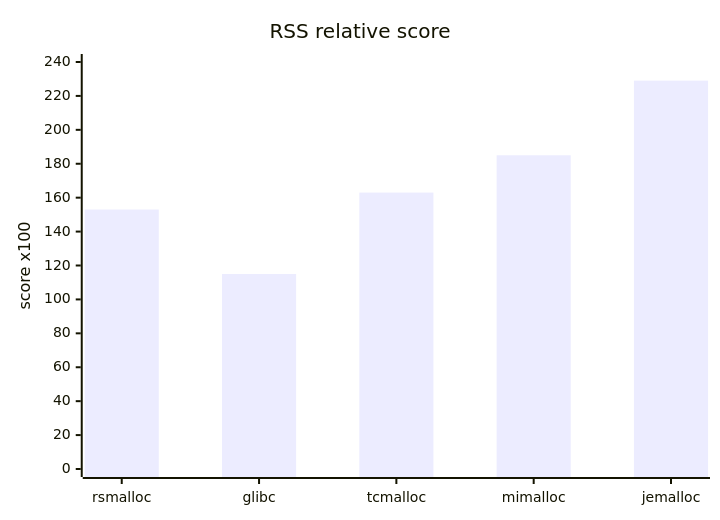
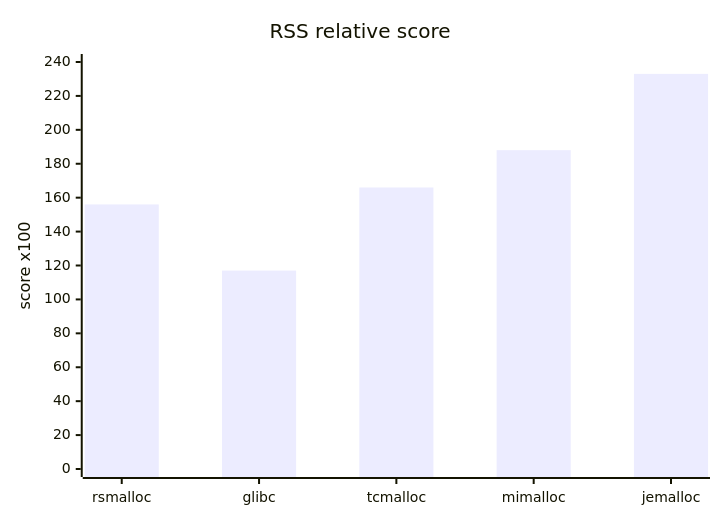
Before and after one commit to Metehan120/rsmalloc: the fourth of 8 diagrams in benchmarks/benchmarks.md, drawn with Mermaid. The commit also changed other lines of this file and 1 other file, not shown here.

````diff
--- a/benchmarks/benchmarks.md
+++ b/benchmarks/benchmarks.md
@@ -108,7 +106,7 @@
 ```mermaid
 xychart-beta
     title "RSS relative score"
     x-axis [rsmalloc, glibc, tcmalloc, mimalloc, jemalloc]
     y-axis "score x100" 0 --> 240
-    bar [153, 115, 163, 185, 229]
+    bar [156, 117, 166, 188, 233]
 ```
````
